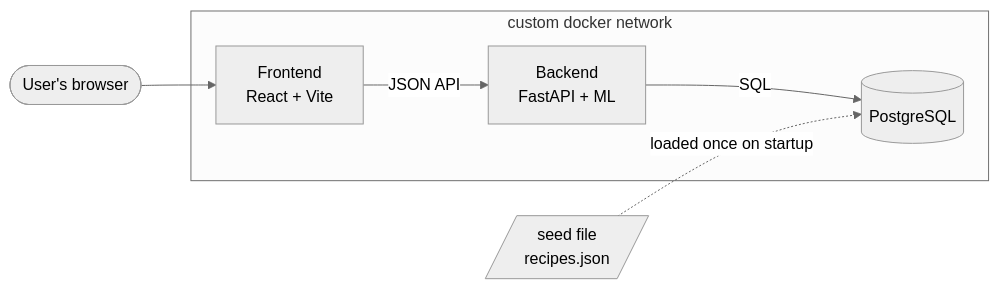
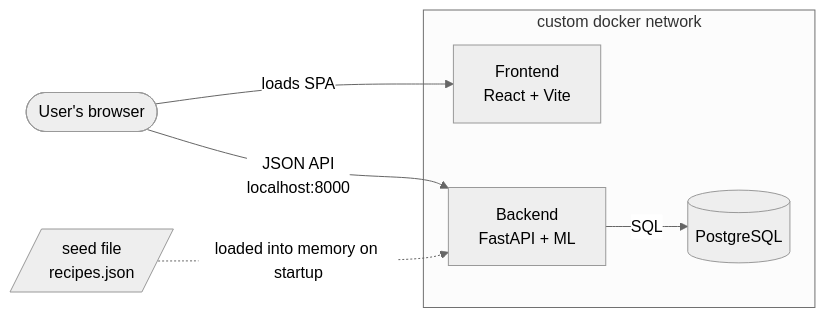
One commit to Tejas1305/13_Tejas.D-diet-recommender changed the first of 3 diagrams in docs/system_architechture.md. Above: the diagram before and after it, drawn with Mermaid (neutral theme). The commit also changed other lines of this file and 10 other files, not shown here.

````diff
--- a/docs/system_architechture.md
+++ b/docs/system_architechture.md
@@ -11,13 +11,13 @@
 ```mermaid
 graph LR
-    U([User's browser]) --> F[Frontend<br/>React + Vite]
-    F -->|JSON API| B[Backend<br/>FastAPI + ML]
+    U([User's browser]) -->|loads SPA| F[Frontend<br/>React + Vite]
+    U -->|JSON API<br/>localhost:8000| B[Backend<br/>FastAPI + ML]
     B -->|SQL| D[(PostgreSQL)]
-    S[/seed file<br/>recipes.json/] -.loaded once on startup.-> D
+    S[/seed file<br/>recipes.json/] -.loaded into memory on startup.-> B
 
     subgraph net [custom docker network]
         F
         B
         D
     end
 ```
````
